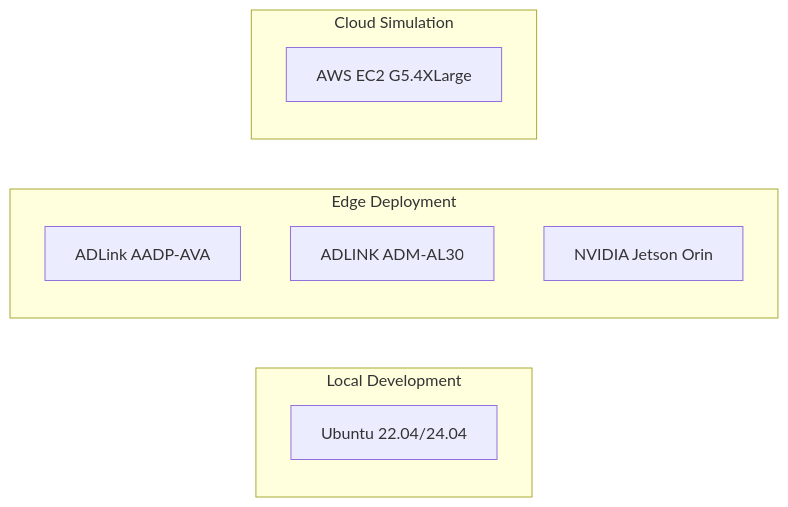
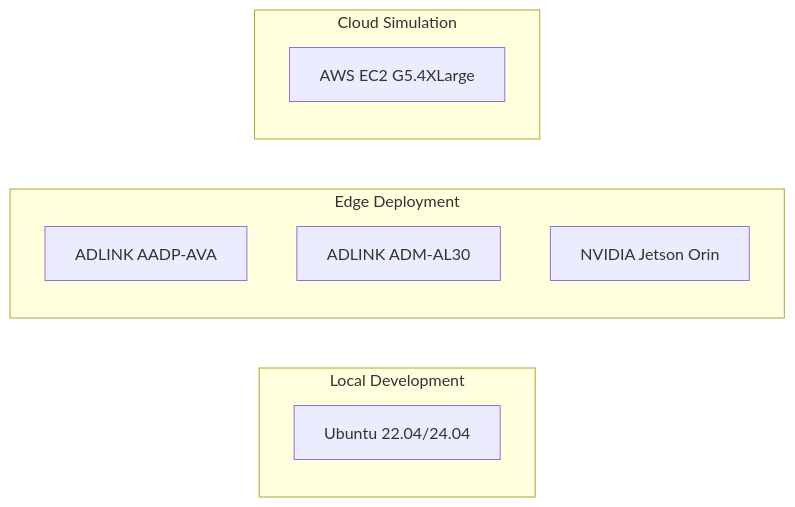
One commit to oguzkaganozt/openadkit changed the diagram in docs/hardware/index.md. Above: the diagram before and after it, drawn with Mermaid. The commit also changed other lines of this file and 6 other files, not shown here.

````diff
--- a/docs/hardware/index.md
+++ b/docs/hardware/index.md
@@ -70,16 +70,16 @@
 ```mermaid
 graph LR
     subgraph Local_Dev["Local Development"]
         L1[Ubuntu 22.04/24.04]
     end
 
     subgraph Edge["Edge Deployment"]
-        E1[ADLink AADP-AVA]
+        E1[ADLINK AADP-AVA]
         E2[ADLINK ADM-AL30]
         E3[NVIDIA Jetson Orin]
     end
 
     subgraph Cloud["Cloud Simulation"]
         C1[AWS EC2 G5.4XLarge]
     end
 ```
````
